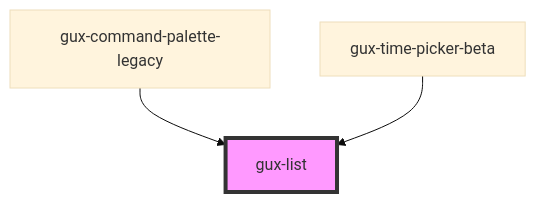
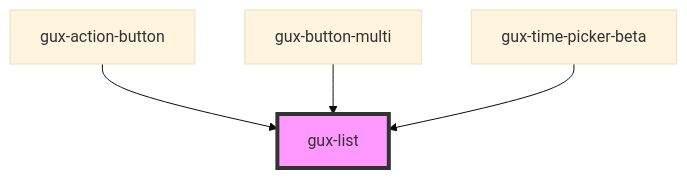
One commit to MyPureCloud/genesys-spark changed the diagram in src/components/stable/gux-list/readme.md. Above: the diagram before and after it, drawn with Mermaid (base theme). The commit also changed other lines of this file and 134 other files, not shown here.

````diff
--- a/src/components/stable/gux-list/readme.md
+++ b/src/components/stable/gux-list/readme.md
@@ -95,6 +51,7 @@
 ```mermaid
 graph TD;
-  gux-command-palette-legacy --> gux-list
+  gux-action-button --> gux-list
+  gux-button-multi --> gux-list
   gux-time-picker-beta --> gux-list
   style gux-list fill:#f9f,stroke:#333,stroke-width:4px
 ```
````
